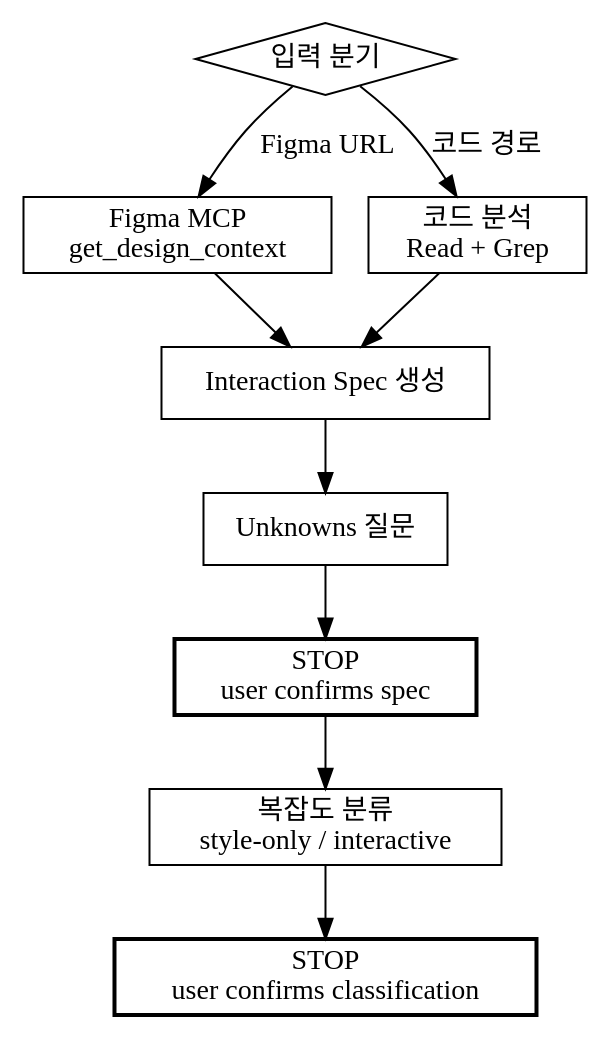
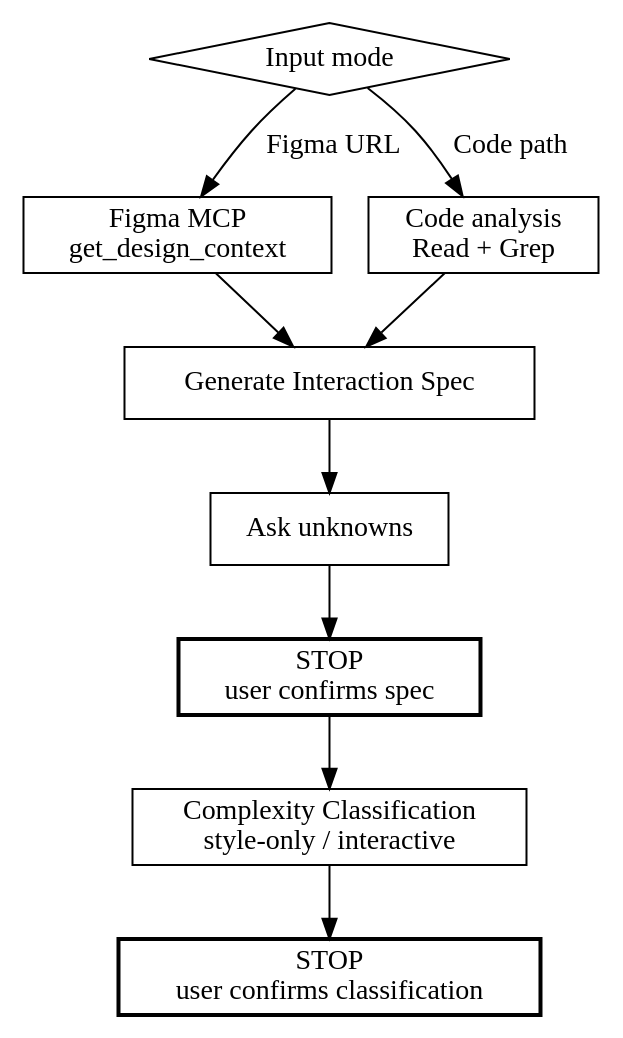
Before and after one commit to ludacirs/fe-harness-skill: the diagram in skills/fe-spec/SKILL.md, drawn with Graphviz. The commit also changed other lines of this file and 8 other files, not shown here.

````diff
--- a/skills/fe-spec/SKILL.md
+++ b/skills/fe-spec/SKILL.md
@@ -19,22 +20,22 @@
 ```dot
 digraph fe_spec {
   node [shape=box];
-  input [label="입력 분기" shape=diamond];
+  input [label="Input mode" shape=diamond];
   figma [label="Figma MCP\nget_design_context"];
-  code [label="코드 분석\nRead + Grep"];
-  spec [label="Interaction Spec 생성"];
-  clarify [label="Unknowns 질문"];
+  code [label="Code analysis\nRead + Grep"];
+  spec [label="Generate Interaction Spec"];
+  clarify [label="Ask unknowns"];
   confirm_spec [label="STOP\nuser confirms spec" style=bold];
-  classify [label="복잡도 분류\nstyle-only / interactive"];
+  classify [label="Complexity Classification\nstyle-only / interactive"];
   confirm_class [label="STOP\nuser confirms classification" style=bold];
 
   input -> figma [label="Figma URL"];
-  input -> code [label="코드 경로"];
+  input -> code [label="Code path"];
   figma -> spec;
   code -> spec;
   spec -> clarify;
   clarify -> confirm_spec;
   confirm_spec -> classify;
   classify -> confirm_class;
 }
 ```
````
